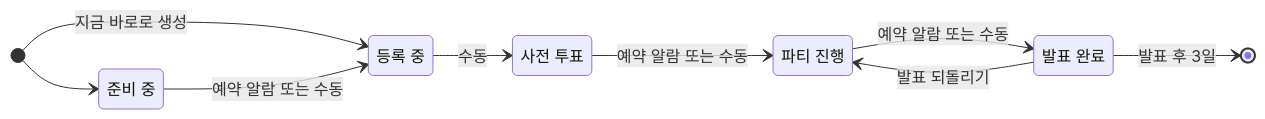
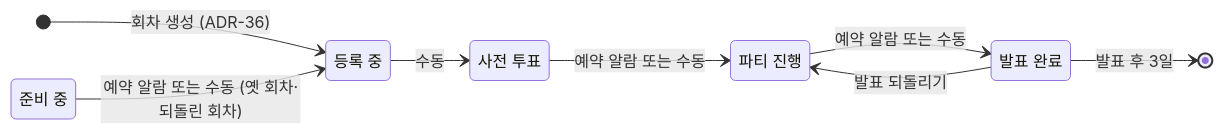
Before and after one commit to xcellentbird/tone-pick: the fourth of 6 diagrams in docs/USER-FLOWS.md, drawn with Mermaid. The commit also changed other lines of this file and 22 other files, not shown here.

````diff
--- a/docs/USER-FLOWS.md
+++ b/docs/USER-FLOWS.md
@@ -207,19 +207,18 @@
 ```mermaid
 stateDiagram-v2
     direction LR
 
     prep: 준비 중
     reg: 등록 중
     prevote: 사전 투표
     party: 파티 진행
     done: 발표 완료
 
-    [*] --> prep
-    [*] --> reg: 지금 바로로 생성
-    prep --> reg: 예약 알람 또는 수동
+    [*] --> reg: 회차 생성 (ADR-36)
+    prep --> reg: 예약 알람 또는 수동 (옛 회차·되돌린 회차)
     reg --> prevote: 수동
     prevote --> party: 예약 알람 또는 수동
     party --> done: 예약 알람 또는 수동
     done --> party: 발표 되돌리기
     done --> [*]: 발표 후 3일
 ```
````
